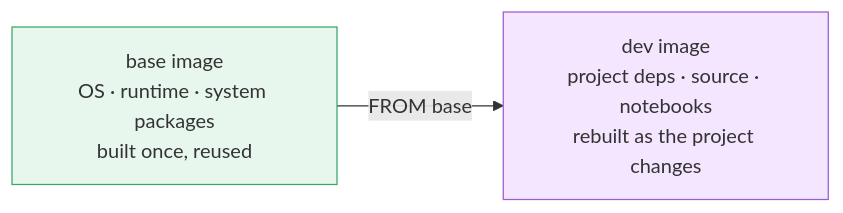
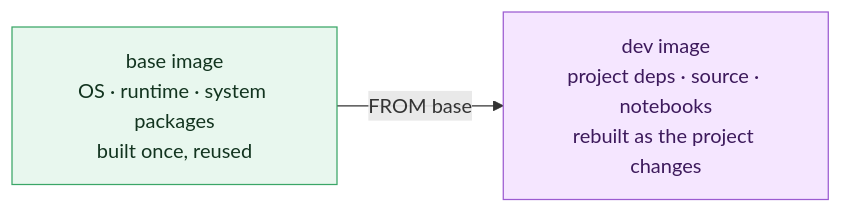
The second of 2 diagrams in chapter_3/l1/README.md (LinkedInLearning/docker-for-local-ai-app-development-build-lightweight-containerized-ai-applications-11189001), drawn with Mermaid before and after one commit. The commit also changed other lines of this file and 25 other files, not shown here.

````diff
--- a/chapter_3/l1/README.md
+++ b/chapter_3/l1/README.md
@@ -114,12 +114,12 @@
 ```mermaid
 flowchart LR
     base["base image<br/>OS · runtime · system packages<br/>built once, reused"]
     dev["dev image<br/>project deps · source · notebooks<br/>rebuilt as the project changes"]
 
     base -- "FROM base" --> dev
 
-    classDef stable fill:#e8f7ee,stroke:#3aa667,stroke-width:1px;
-    classDef volatile fill:#f5e6ff,stroke:#9b5bd1,stroke-width:1px;
+    classDef stable fill:#e8f7ee,stroke:#3aa667,stroke-width:1px,color:#12341f;
+    classDef volatile fill:#f5e6ff,stroke:#9b5bd1,stroke-width:1px,color:#3d1a5c;
     class base stable
     class dev volatile
 ```
````
